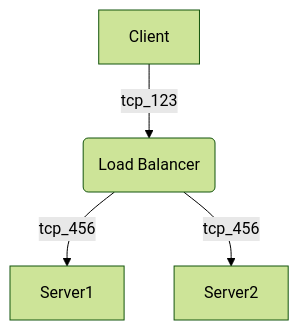
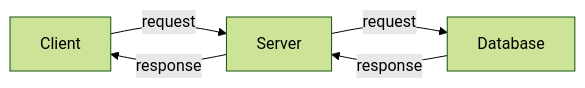
Before and after one commit to thatbeautifuldream/backend-notes: the second of 3 diagrams in 006_introduction_to_express/001_client_server_architecture_and_rest/readme.md, drawn with Mermaid (forest theme). The commit also changed other lines of this file and 1 other file, not shown here.

````diff
--- a/006_introduction_to_express/001_client_server_architecture_and_rest/readme.md
+++ b/006_introduction_to_express/001_client_server_architecture_and_rest/readme.md
@@ -18,6 +26,7 @@
 ```mermaid
-graph TD
-A[Client] -->|tcp_123| B(Load Balancer)
-B -->|tcp_456| C[Server1] 
-B -->|tcp_456| D[Server2]
+graph LR
+A[Client] -->|request| B[Server]
+B -->|request| C[Database]
+C -->|response| B
+B -->|response| A
 ```
````
